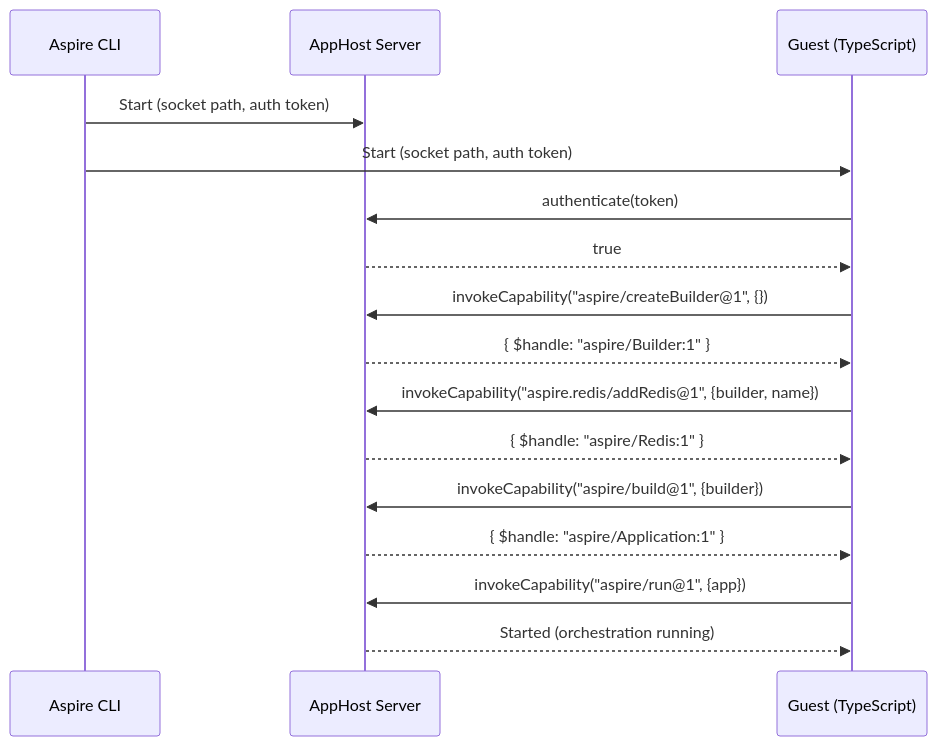
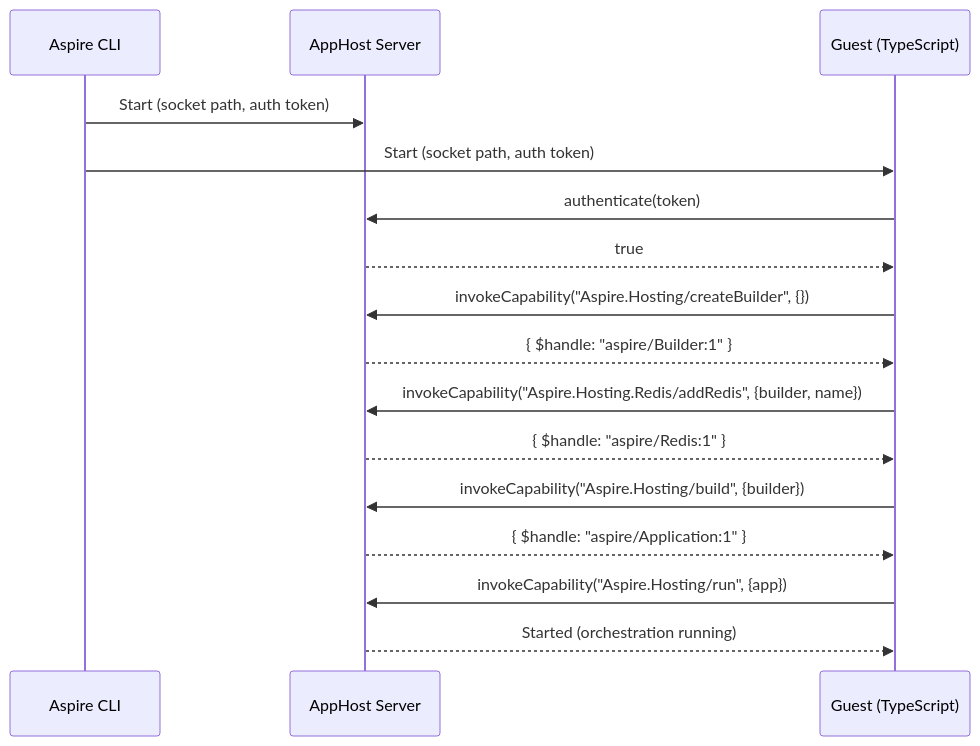
The first of 2 diagrams in docs/specs/polyglot-apphost.md (dotnet/aspire), drawn with Mermaid before and after one commit. The commit also changed other lines of this file and 26 other files, not shown here.

````diff
--- a/docs/specs/polyglot-apphost.md
+++ b/docs/specs/polyglot-apphost.md
@@ -77,24 +117,24 @@
 ```mermaid
 sequenceDiagram
     participant CLI as Aspire CLI
     participant Host as AppHost Server
     participant Guest as Guest (TypeScript)
 
     CLI->>Host: Start (socket path, auth token)
     CLI->>Guest: Start (socket path, auth token)
 
     Guest->>Host: authenticate(token)
     Host-->>Guest: true
 
-    Guest->>Host: invokeCapability("aspire/createBuilder@1", {})
+    Guest->>Host: invokeCapability("Aspire.Hosting/createBuilder", {})
     Host-->>Guest: { $handle: "aspire/Builder:1" }
 
-    Guest->>Host: invokeCapability("aspire.redis/addRedis@1", {builder, name})
+    Guest->>Host: invokeCapability("Aspire.Hosting.Redis/addRedis", {builder, name})
     Host-->>Guest: { $handle: "aspire/Redis:1" }
 
-    Guest->>Host: invokeCapability("aspire/build@1", {builder})
+    Guest->>Host: invokeCapability("Aspire.Hosting/build", {builder})
     Host-->>Guest: { $handle: "aspire/Application:1" }
 
-    Guest->>Host: invokeCapability("aspire/run@1", {app})
+    Guest->>Host: invokeCapability("Aspire.Hosting/run", {app})
     Host-->>Guest: Started (orchestration running)
 ```
````
